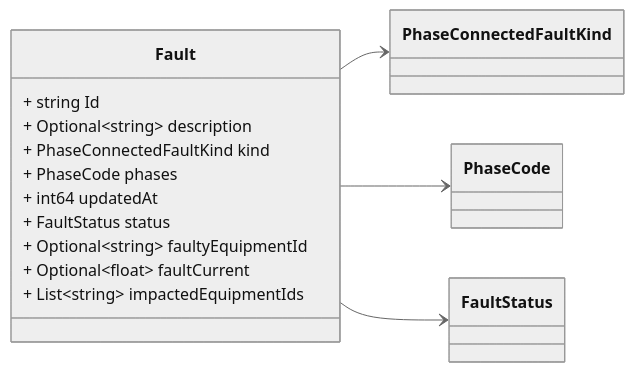
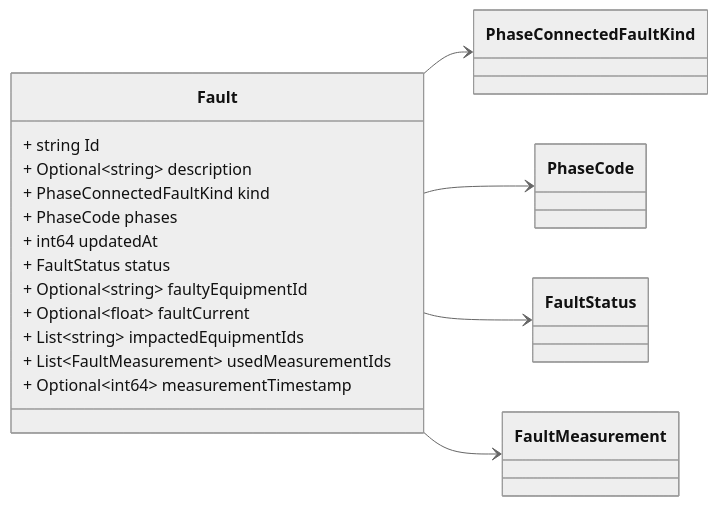
Before and after one commit to zaphiro-technologies/protobuf: the fourth of 7 diagrams in docs/fault.proto.md, drawn with Mermaid (neutral theme). The commit also changed other lines of this file and 6 other files, not shown here.

First line of the commit message:
Refactor `Fault` messages to support measurement and measurement timestamp reference (#62)

````diff
--- a/docs/fault.proto.md
+++ b/docs/fault.proto.md
@@ -184,30 +184,33 @@
 ```mermaid
 classDiagram
 direction LR
 
 %% Abnormal condition causing current flow through conducting equipment, such as caused by equipment failure or short circuits from objects not typically modelled (for example, a tree falling on a line).
 %% 
 %% This message is modeled after [CIM Fault](https://zepben.github.io/evolve/docs/cim/cim100/TC57CIM/IEC61970/Base/Faults/Fault) according to the extensions defined in the [fault-data-storage](https://github.com/zaphiro-technologies/architecture/blob/main/features/31-fault-data-storage.md#data-structures) feature.
 %% 
 %% Headers used in rabbitMQ:
 %% * `id` (string): id of the `Fault`
 %% * `type` (string): always `Fault`
 %% * `producerId` (string): the id of the producer (e.g. a PMU) linked to the notification.
 %% 
 
 class Fault {
   + string Id
   + Optional~string~ description
   + PhaseConnectedFaultKind kind
   + PhaseCode phases
   + int64 updatedAt
   + FaultStatus status
   + Optional~string~ faultyEquipmentId
   + Optional~float~ faultCurrent
   + List~string~ impactedEquipmentIds
+  + List~FaultMeasurement~ usedMeasurementIds
+  + Optional~int64~ measurementTimestamp
 }
 Fault --> `PhaseConnectedFaultKind`
 Fault --> `PhaseCode`
 Fault --> `FaultStatus`
+Fault --> `FaultMeasurement`
 
 ```
````
